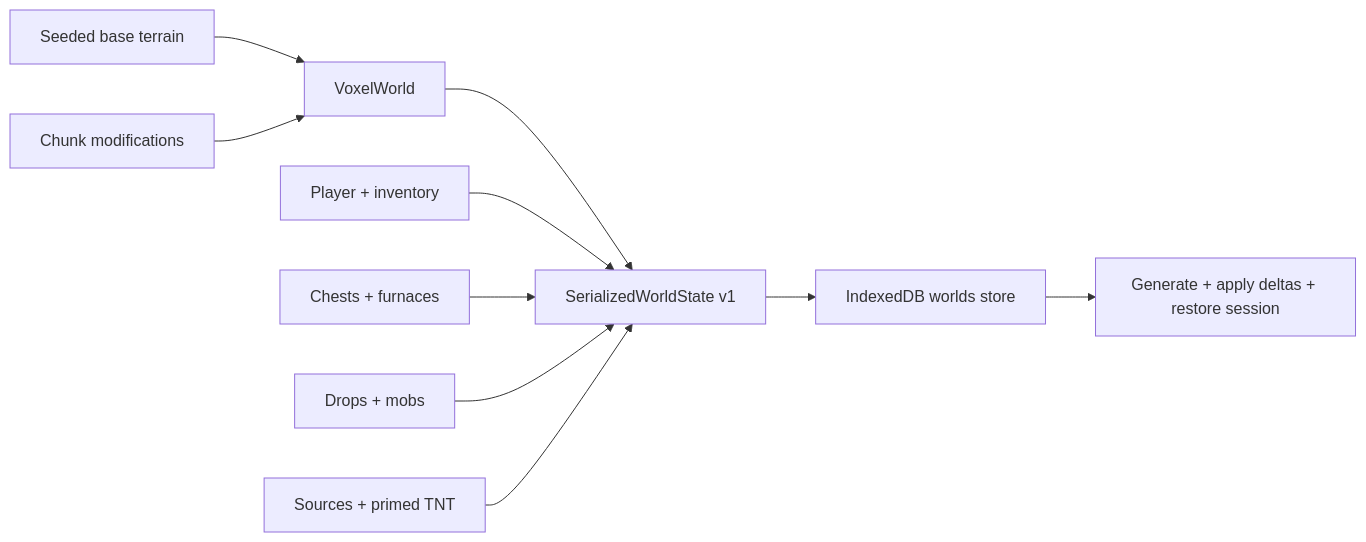
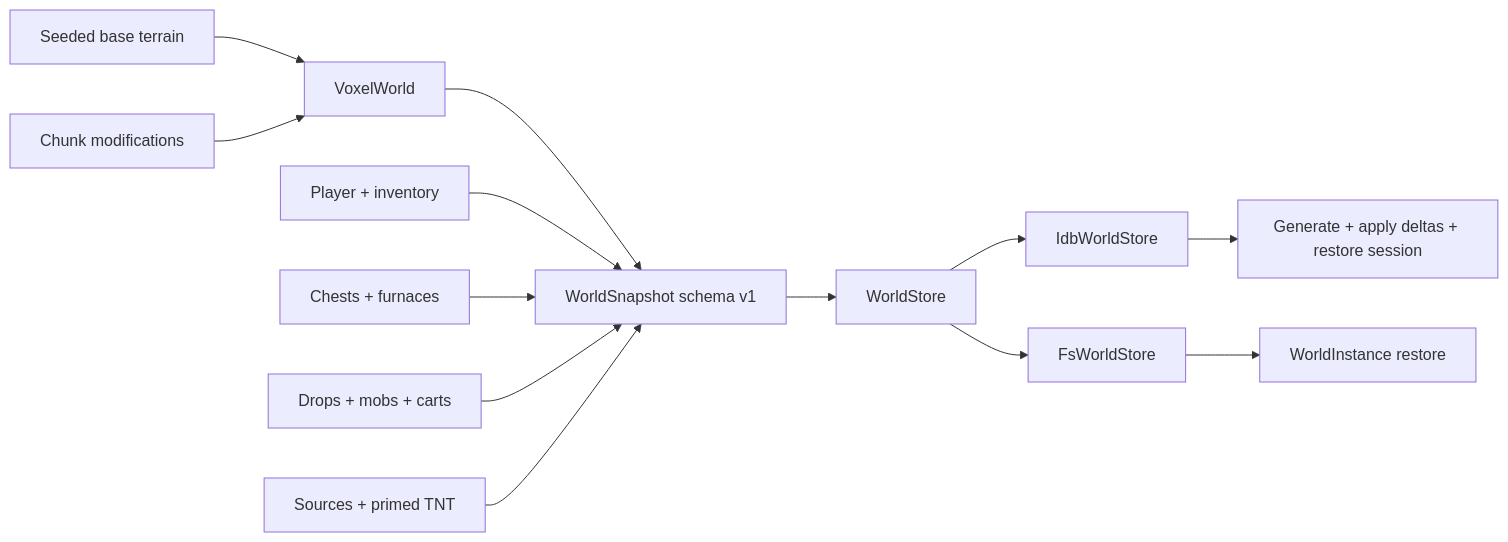
Before and after one commit to hasbatoff2015-web/mine-s-mixosom: the second of 2 diagrams in docs/ARCHITECTURE.md, drawn with Mermaid. The commit also changed other lines of this file and 21 other files, not shown here.

First line of the commit message:
Port Singleplayer and Server persistence onto one WorldSnapshot.

````diff
--- a/docs/ARCHITECTURE.md
+++ b/docs/ARCHITECTURE.md
@@ -525,12 +548,15 @@
 ```mermaid
 flowchart LR
   Generator["Seeded base terrain"] --> World["VoxelWorld"]
   Delta["Chunk modifications"] --> World
-  World --> Snapshot["SerializedWorldState v1"]
+  World --> Snapshot["WorldSnapshot schema v1"]
   Player["Player + inventory"] --> Snapshot
   Containers["Chests + furnaces"] --> Snapshot
-  Entities["Drops + mobs"] --> Snapshot
+  Entities["Drops + mobs + carts"] --> Snapshot
   RedstoneSave["Sources + primed TNT"] --> Snapshot
-  Snapshot --> IDB["IndexedDB worlds store"]
+  Snapshot --> Store["WorldStore"]
+  Store --> IDB["IdbWorldStore"]
+  Store --> FS["FsWorldStore"]
   IDB --> Restore["Generate + apply deltas + restore session"]
+  FS --> ServerRestore["WorldInstance restore"]
 ```
````
